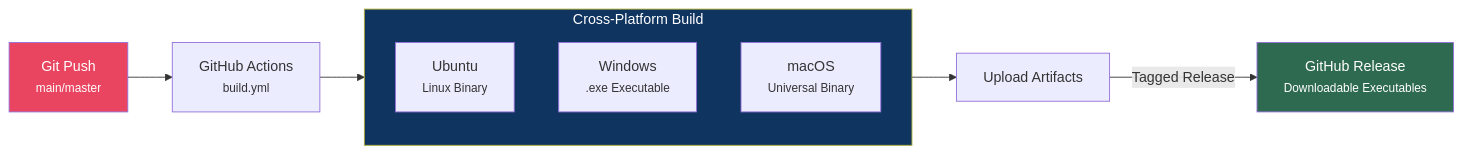
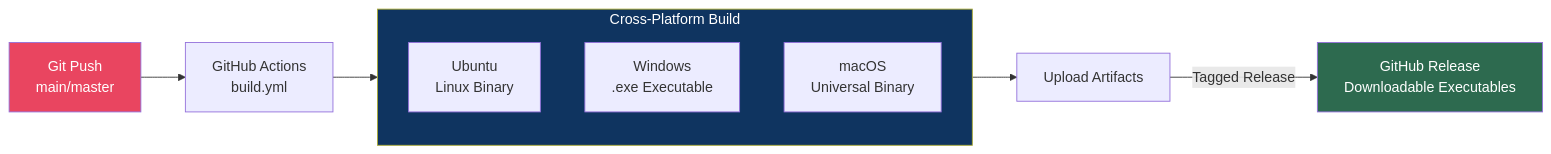
The seventh of 7 diagrams in ARCHITECTURE-DIAGRAM.md (beingbrijesh/CopSight), drawn with Mermaid before and after one commit. The commit also changed other lines of this file and 4 other files, not shown here.

Commit message:
docs: Fix Mermaid diagram text cropping and add professional Contributors section

````diff
--- a/ARCHITECTURE-DIAGRAM.md
+++ b/ARCHITECTURE-DIAGRAM.md
@@ -337,19 +337,19 @@
 ```mermaid
 flowchart LR
-    Push["Git Push<br/><small>main/master</small>"] --> Trigger["GitHub Actions<br/><small>build.yml</small>"]
+    Push["Git Push<br/>main/master"] --> Trigger["GitHub Actions<br/>build.yml"]
 
     subgraph Build["Cross-Platform Build"]
         direction TB
-        Linux["Ubuntu<br/><small>Linux Binary</small>"]
-        Windows["Windows<br/><small>.exe Executable</small>"]
-        macOS["macOS<br/><small>Universal Binary</small>"]
+        Linux["Ubuntu<br/>Linux Binary"]
+        Windows["Windows<br/>.exe Executable"]
+        macOS["macOS<br/>Universal Binary"]
     end
 
     Trigger --> Build
     Build --> Artifacts["Upload Artifacts"]
-    Artifacts -->|"Tagged Release"| Release["GitHub Release<br/><small>Downloadable Executables</small>"]
+    Artifacts -->|"Tagged Release"| Release["GitHub Release<br/>Downloadable Executables"]
 
     style Push fill:#e94560,color:#fff
     style Build fill:#0f3460,color:#fff
     style Release fill:#2d6a4f,color:#fff
 ```
````
